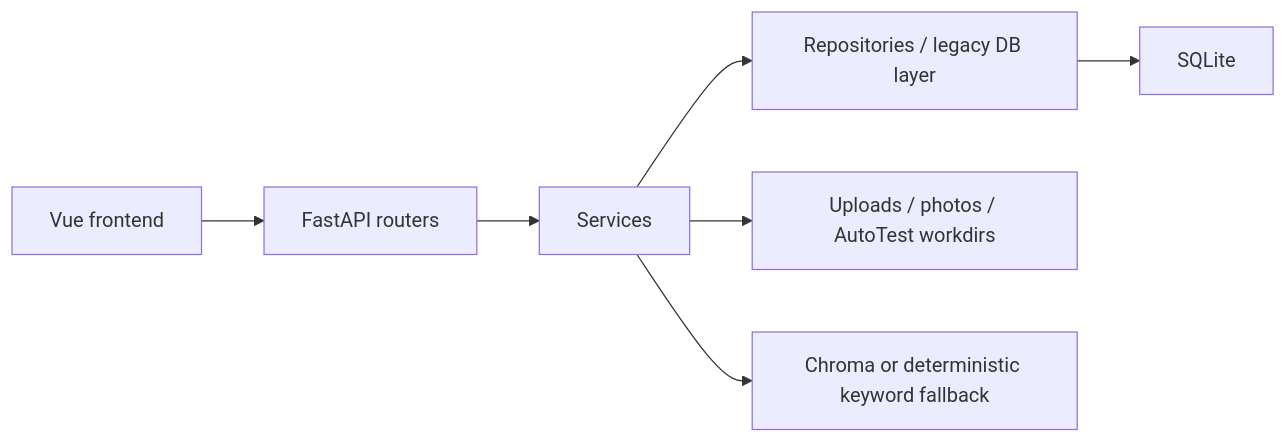
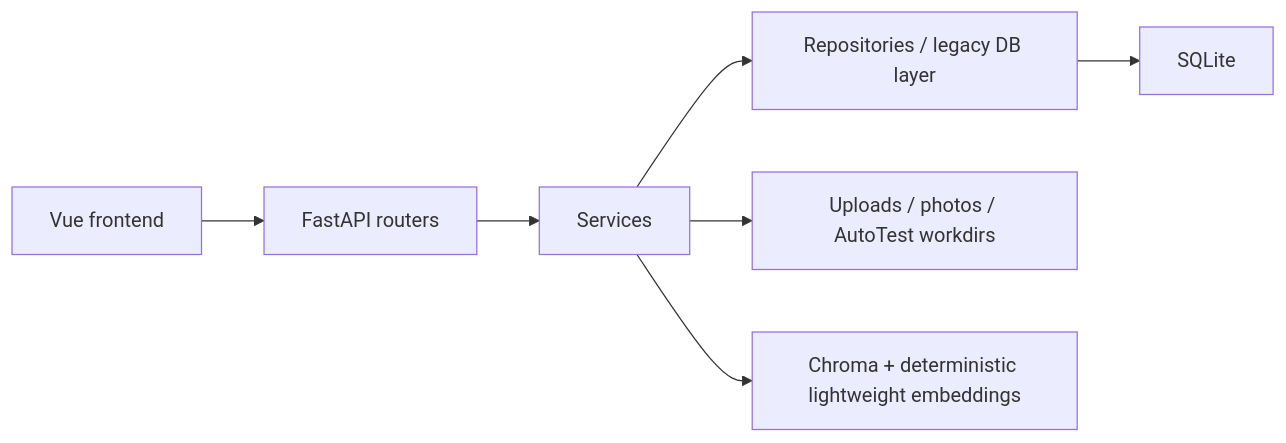
One commit to a1354013-alt/Knowledge_Workspace changed the diagram in ARCHITECTURE.md. Above: the diagram before and after it, drawn with Mermaid. The commit also changed other lines of this file and 16 other files, not shown here.

````diff
--- a/ARCHITECTURE.md
+++ b/ARCHITECTURE.md
@@ -5,9 +5,9 @@
 ```mermaid
 flowchart LR
   UI["Vue frontend"] --> API["FastAPI routers"]
   API --> Services["Services"]
   Services --> Repos["Repositories / legacy DB layer"]
   Repos --> SQLite["SQLite"]
   Services --> Files["Uploads / photos / AutoTest workdirs"]
-  Services --> Index["Chroma or deterministic keyword fallback"]
+  Services --> Index["Chroma + deterministic lightweight embeddings"]
 ```
````
